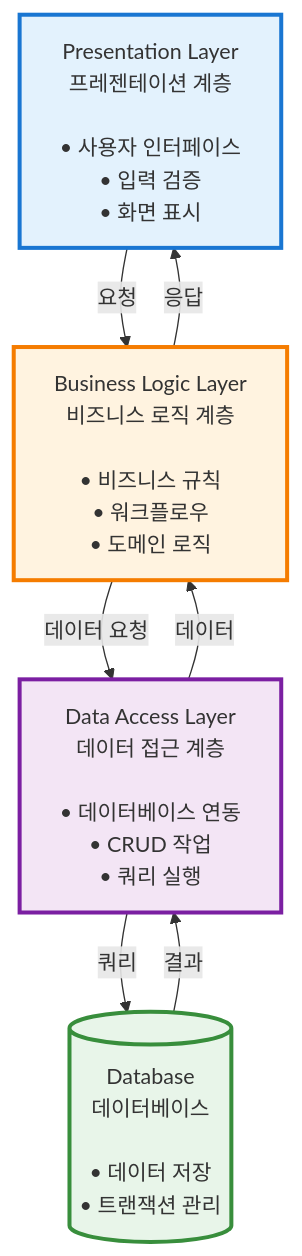
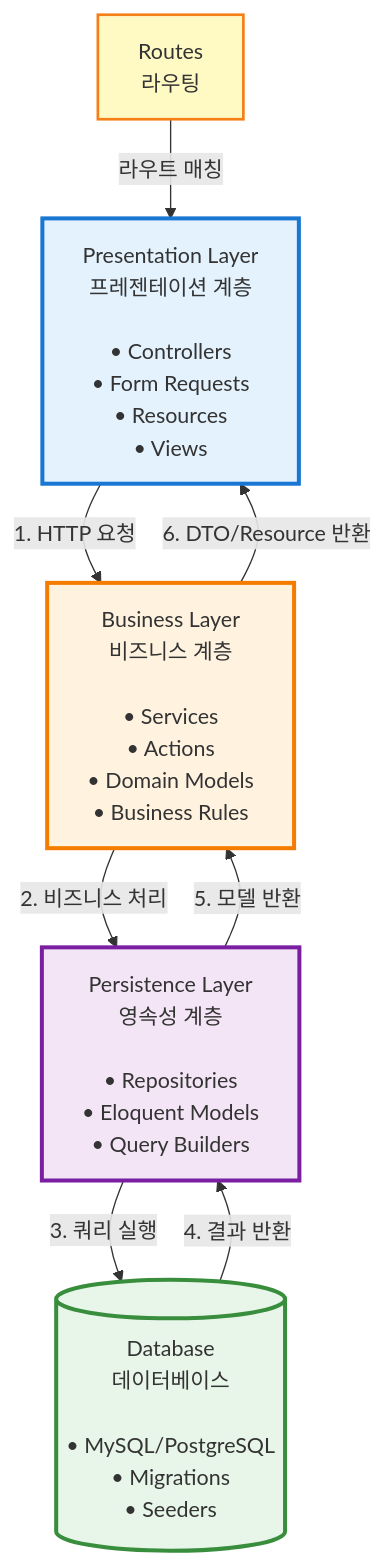
One commit to shaul1991/study-architecture changed the fifth of 22 diagrams in architecture/layered/README.md. Above: the diagram before and after it, drawn with Mermaid. The commit also changed other lines of this file and 1 other file, not shown here.

````diff
--- a/architecture/layered/README.md
+++ b/architecture/layered/README.md
@@ -153,22 +157,26 @@
 ```mermaid
 graph TD
-    UI[Presentation Layer<br/>프레젠테이션 계층<br/><br/>• 사용자 인터페이스<br/>• 입력 검증<br/>• 화면 표시]
+    ROUTE[Routes<br/>라우팅]
 
-    BL[Business Logic Layer<br/>비즈니스 로직 계층<br/><br/>• 비즈니스 규칙<br/>• 워크플로우<br/>• 도메인 로직]
+    PRES[Presentation Layer<br/>프레젠테이션 계층<br/><br/>• Controllers<br/>• Form Requests<br/>• Resources<br/>• Views]
 
-    DA[Data Access Layer<br/>데이터 접근 계층<br/><br/>• 데이터베이스 연동<br/>• CRUD 작업<br/>• 쿼리 실행]
+    BIZ[Business Layer<br/>비즈니스 계층<br/><br/>• Services<br/>• Actions<br/>• Domain Models<br/>• Business Rules]
 
-    DB[(Database<br/>데이터베이스<br/><br/>• 데이터 저장<br/>• 트랜잭션 관리)]
+    PERS[Persistence Layer<br/>영속성 계층<br/><br/>• Repositories<br/>• Eloquent Models<br/>• Query Builders]
 
-    UI -->|요청| BL
-    BL -->|데이터 요청| DA
-    DA -->|쿼리| DB
-    DB -->|결과| DA
-    DA -->|데이터| BL
-    BL -->|응답| UI
+    DB[(Database<br/>데이터베이스<br/><br/>• MySQL/PostgreSQL<br/>• Migrations<br/>• Seeders)]
 
-    style UI fill:#e3f2fd,stroke:#1976d2,stroke-width:3px
-    style BL fill:#fff3e0,stroke:#f57c00,stroke-width:3px
-    style DA fill:#f3e5f5,stroke:#7b1fa2,stroke-width:3px
+    ROUTE -->|라우트 매칭| PRES
+    PRES -->|1. HTTP 요청| BIZ
+    BIZ -->|2. 비즈니스 처리| PERS
+    PERS -->|3. 쿼리 실행| DB
+    DB -->|4. 결과 반환| PERS
+    PERS -->|5. 모델 반환| BIZ
+    BIZ -->|6. DTO/Resource 반환| PRES
+
+    style ROUTE fill:#fff9c4,stroke:#f57f17,stroke-width:2px
+    style PRES fill:#e3f2fd,stroke:#1976d2,stroke-width:3px
+    style BIZ fill:#fff3e0,stroke:#f57c00,stroke-width:3px
+    style PERS fill:#f3e5f5,stroke:#7b1fa2,stroke-width:3px
     style DB fill:#e8f5e9,stroke:#388e3c,stroke-width:3px
 ```
````
